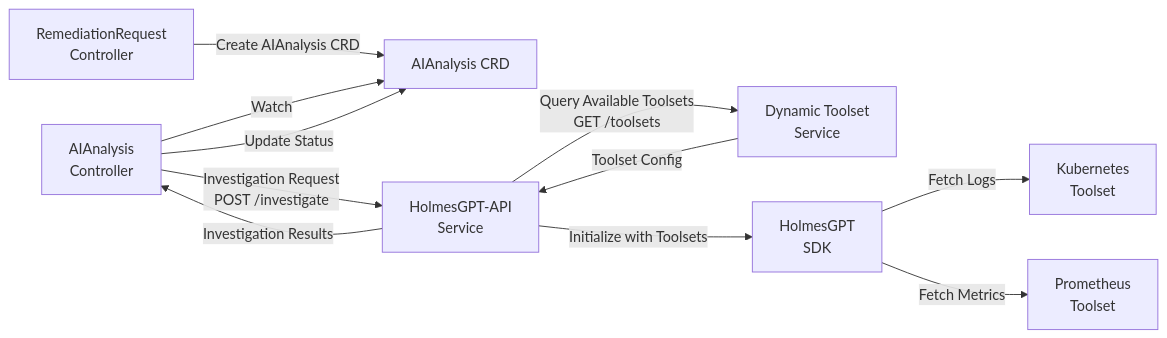
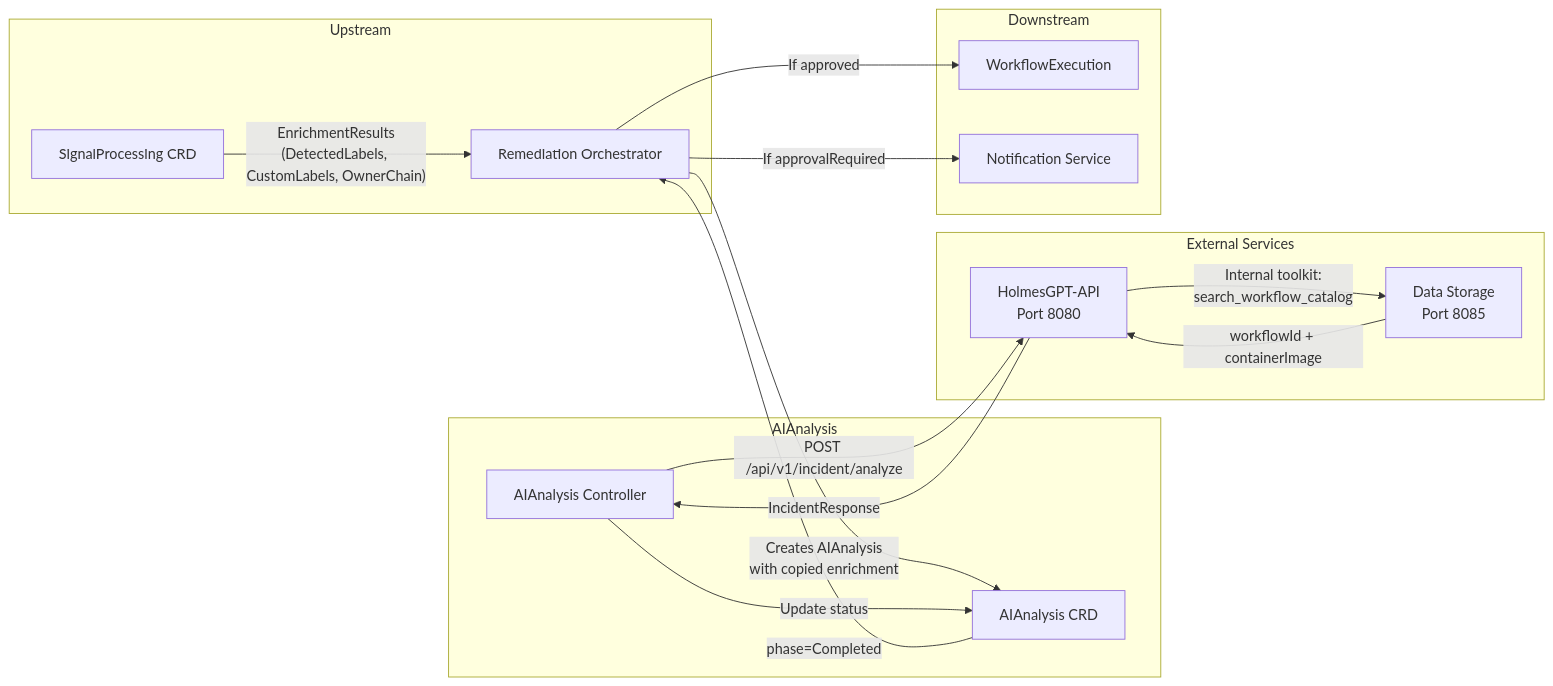
Before and after one commit to jordigilh/kubernaut: the diagram in docs/services/crd-controllers/02-aianalysis/integration-points.md, drawn with Mermaid. The commit also changed other lines of this file and 4326 other files, not shown here.

````diff
--- a/docs/services/crd-controllers/02-aianalysis/integration-points.md
+++ b/docs/services/crd-controllers/02-aianalysis/integration-points.md
@@ -20,13 +25,33 @@
 ```mermaid
 graph LR
-    AR[RemediationRequest<br/>Controller] -->|Create AIAnalysis CRD| AIA[AIAnalysis CRD]
-    AIC[AIAnalysis<br/>Controller] -->|Watch| AIA
-    AIC -->|Investigation Request<br/>POST /investigate| HAPI[HolmesGPT-API<br/>Service]
-    HAPI -->|Query Available Toolsets<br/>GET /toolsets| DTS[Dynamic Toolset<br/>Service]
-    DTS -->|Toolset Config| HAPI
-    HAPI -->|Initialize with Toolsets| HGPT[HolmesGPT<br/>SDK]
-    HGPT -->|Fetch Logs| K8S[Kubernetes<br/>Toolset]
-    HGPT -->|Fetch Metrics| PROM[Prometheus<br/>Toolset]
-    HAPI -->|Investigation Results| AIC
-    AIC -->|Update Status| AIA
+    subgraph "Upstream"
+        SP[SignalProcessing CRD]
+        RO[Remediation Orchestrator]
+    end
+
+    subgraph "AIAnalysis"
+        AIA[AIAnalysis CRD]
+        CTRL[AIAnalysis Controller]
+    end
+
+    subgraph "External Services"
+        HAPI[HolmesGPT-API<br/>Port 8080]
+        DS[Data Storage<br/>Port 8085]
+    end
+
+    subgraph "Downstream"
+        WE[WorkflowExecution]
+        NOT[Notification Service]
+    end
+
+    SP -->|"EnrichmentResults<br/>(DetectedLabels, CustomLabels, OwnerChain)"| RO
+    RO -->|"Creates AIAnalysis<br/>with copied enrichment"| AIA
+    CTRL -->|"POST /api/v1/incident/analyze"| HAPI
+    HAPI -->|"Internal toolkit:<br/>search_workflow_catalog"| DS
+    DS -->|"workflowId + containerImage"| HAPI
+    HAPI -->|"IncidentResponse"| CTRL
+    CTRL -->|"Update status"| AIA
+    AIA -->|"phase=Completed"| RO
+    RO -->|"If approved"| WE
+    RO -->|"If approvalRequired"| NOT
 ```
````
